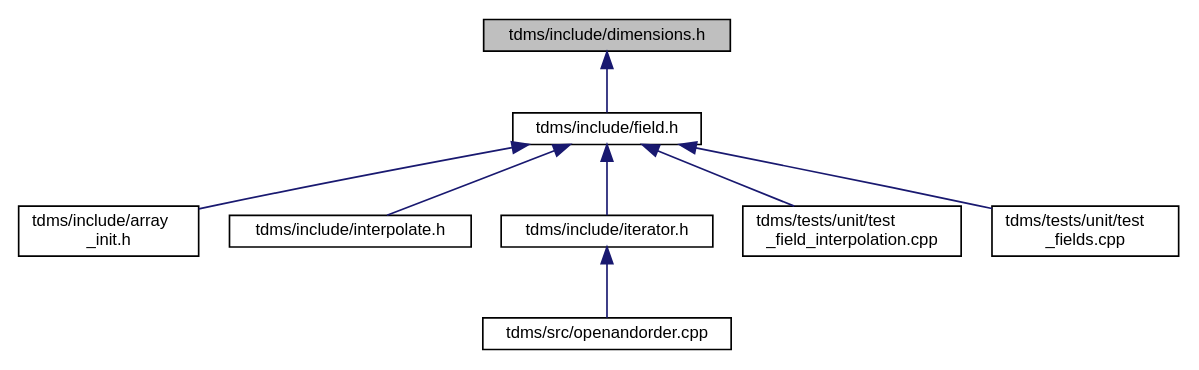
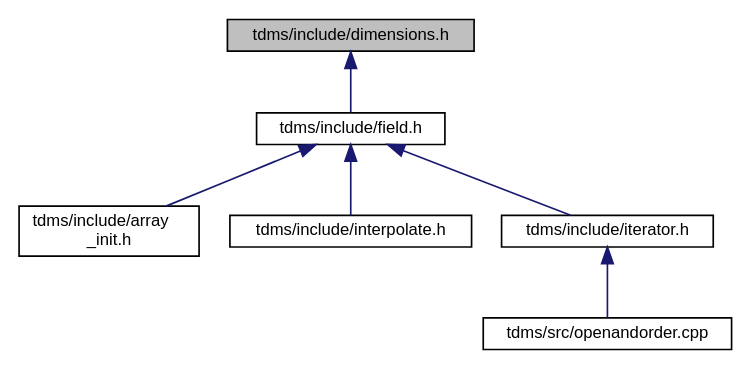
The diagram in dimensions_8h__dep__incl.dot (UCL/TDMS), drawn with Graphviz before and after one commit. The commit also changed 101 other files, not shown here.

```diff
--- a/dimensions_8h__dep__incl.dot
+++ b/dimensions_8h__dep__incl.dot
@@ -1,21 +1,17 @@
 digraph "tdms/include/dimensions.h"
 {
  // LATEX_PDF_SIZE
   edge [fontname="Helvetica",fontsize="10",labelfontname="Helvetica",labelfontsize="10"];
   node [fontname="Helvetica",fontsize="10",shape=record];
   Node1 [label="tdms/include/dimensions.h",height=0.2,width=0.4,color="black", fillcolor="grey75", style="filled", fontcolor="black",tooltip=" "];
   Node1 -> Node2 [dir="back",color="midnightblue",fontsize="10",style="solid",fontname="Helvetica"];
   Node2 [label="tdms/include/field.h",height=0.2,width=0.4,color="black", fillcolor="white", style="filled",URL="$field_8h.html",tooltip="Classes for the electric and magnetic (split) fields on a grid."];
   Node2 -> Node3 [dir="back",color="midnightblue",fontsize="10",style="solid",fontname="Helvetica"];
   Node3 [label="tdms/include/array\l_init.h",height=0.2,width=0.4,color="black", fillcolor="white", style="filled",URL="$array__init_8h.html",tooltip="A collection of functions for array initialisation given MATLAB pointers."];
   Node2 -> Node4 [dir="back",color="midnightblue",fontsize="10",style="solid",fontname="Helvetica"];
   Node4 [label="tdms/include/interpolate.h",height=0.2,width=0.4,color="black", fillcolor="white", style="filled",URL="$interpolate_8h.html",tooltip="Interpolation of field values within FDTD grid."];
   Node2 -> Node5 [dir="back",color="midnightblue",fontsize="10",style="solid",fontname="Helvetica"];
   Node5 [label="tdms/include/iterator.h",height=0.2,width=0.4,color="black", fillcolor="white", style="filled",URL="$iterator_8h.html",tooltip="The main time propogation algorithm."];
   Node5 -> Node6 [dir="back",color="midnightblue",fontsize="10",style="solid",fontname="Helvetica"];
   Node6 [label="tdms/src/openandorder.cpp",height=0.2,width=0.4,color="black", fillcolor="white", style="filled",URL="$openandorder_8cpp.html",tooltip="Launch and file IO."];
-  Node2 -> Node7 [dir="back",color="midnightblue",fontsize="10",style="solid",fontname="Helvetica"];
-  Node7 [label="tdms/tests/unit/test\l_field_interpolation.cpp",height=0.2,width=0.4,color="black", fillcolor="white", style="filled",URL="$test__field__interpolation_8cpp.html",tooltip="Tests interpolation of E- and H-fields and compares the errors against MATLAB benchmarks."];
-  Node2 -> Node8 [dir="back",color="midnightblue",fontsize="10",style="solid",fontname="Helvetica"];
-  Node8 [label="tdms/tests/unit/test\l_fields.cpp",height=0.2,width=0.4,color="black", fillcolor="white", style="filled",URL="$test__fields_8cpp.html",tooltip="Test of the Field class and subclasses."];
 }
```
